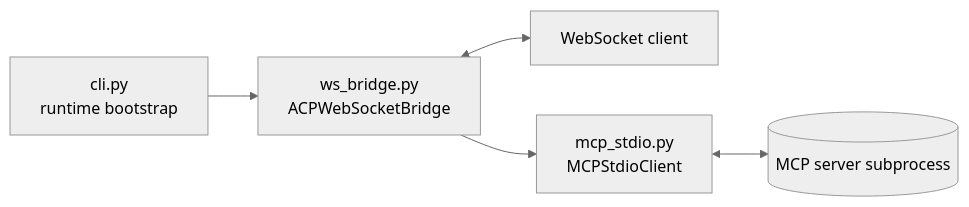
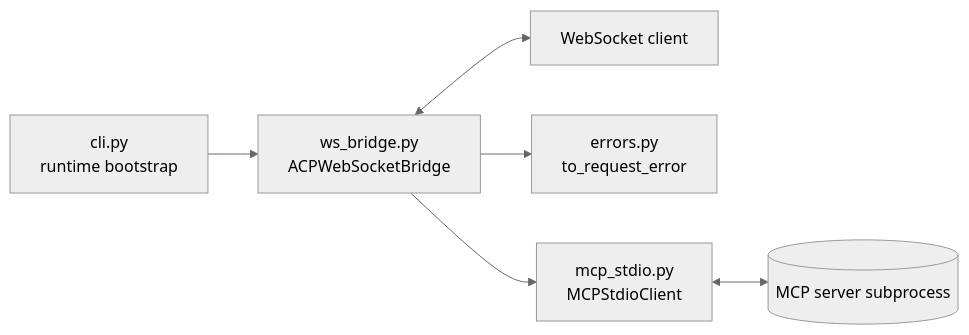
One commit to Digital-Dimentia/python-acp changed the first of 4 diagrams in ARCHITECTURE.md. Above: the diagram before and after it, drawn with Mermaid (neutral theme). The commit also changed other lines of this file and 10 other files, not shown here.

````diff
--- a/ARCHITECTURE.md
+++ b/ARCHITECTURE.md
@@ -13,13 +14,15 @@
 ```mermaid
 flowchart LR
     UserClient["WebSocket client"]
     CLI["cli.py<br/>runtime bootstrap"]
     Bridge["ws_bridge.py<br/>ACPWebSocketBridge"]
+    Errors["errors.py<br/>to_request_error"]
     MCPClient["mcp_stdio.py<br/>MCPStdioClient"]
     MCPProc[("MCP server subprocess")]
 
     CLI --> Bridge
     Bridge <--> UserClient
+    Bridge --> Errors
     Bridge --> MCPClient
     MCPClient <--> MCPProc
 ```
````
